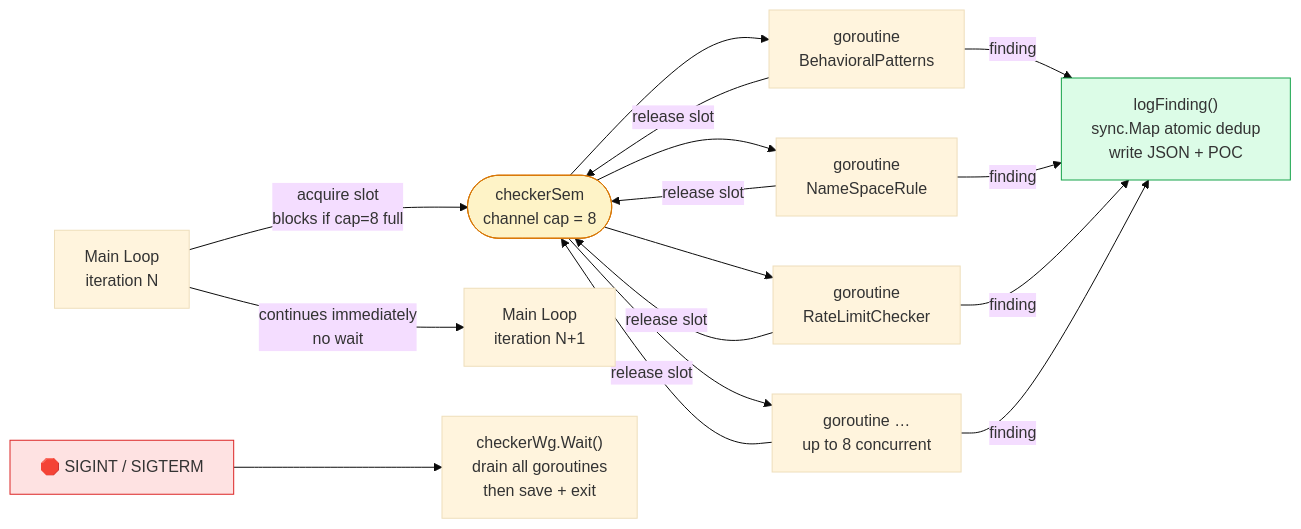
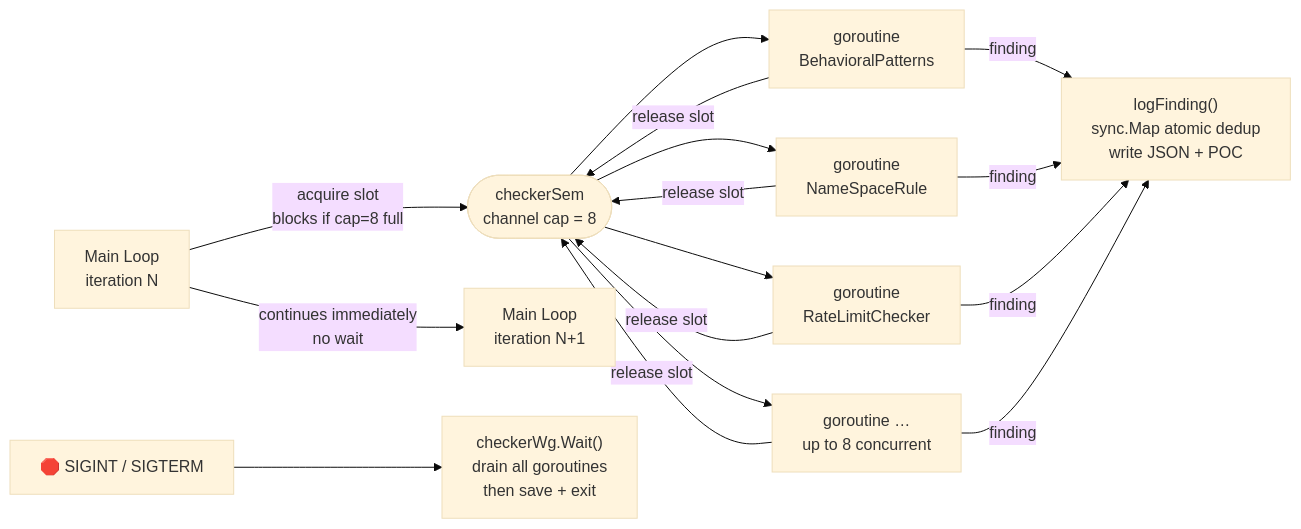
Before and after one commit to morgonf/shelob-ng: the third of 3 diagrams in docs/architecture.md, drawn with Mermaid (base theme). The commit also changed other lines of this file and 1 other file, not shown here.

Commit message:
docs: remove custom colors from Mermaid diagrams
Custom fill/stroke without explicit text color (color:) causes nodes to
become unreadable in GitHub dark mode — the themed text color can clash
with the custom background.

Remove all style/classDef color declarations from 9 Mermaid diagrams:
  docs/architecture.md — Overview, Mutation Pipeline, Checker Concurrency
  README.md — Architecture, Mutation strategies, Security checkers, CRUD

GitHub's default Mermaid theme renders cleanly and readably in both
light and dark mode without custom overrides.

````diff
--- a/docs/architecture.md
+++ b/docs/architecture.md
@@ -322,21 +319,18 @@
 ```mermaid
 flowchart LR
     ml["Main Loop\niteration N"] -->|"acquire slot\nblocks if cap=8 full"| sem(["checkerSem\nchannel cap = 8"])
 
     sem --> g1["goroutine\nBehavioralPatterns"]
     sem --> g2["goroutine\nNameSpaceRule"]
     sem --> g3["goroutine\nRateLimitChecker"]
     sem --> gn["goroutine …\nup to 8 concurrent"]
 
     g1 & g2 & g3 & gn -->|"release slot"| sem
 
     g1 & g2 & g3 & gn -->|"finding"| log["logFinding()\nsync.Map atomic dedup\nwrite JSON + POC"]
 
     ml -->|"continues immediately\nno wait"| ml2["Main Loop\niteration N+1"]
 
     shutdown["🛑 SIGINT / SIGTERM"] --> wg["checkerWg.Wait()\ndrain all goroutines\nthen save + exit"]
 
-    style sem fill:#fef3c7,stroke:#d97706
-    style log fill:#dcfce7,stroke:#16a34a
-    style shutdown fill:#fee2e2,stroke:#dc2626
 ```
````
